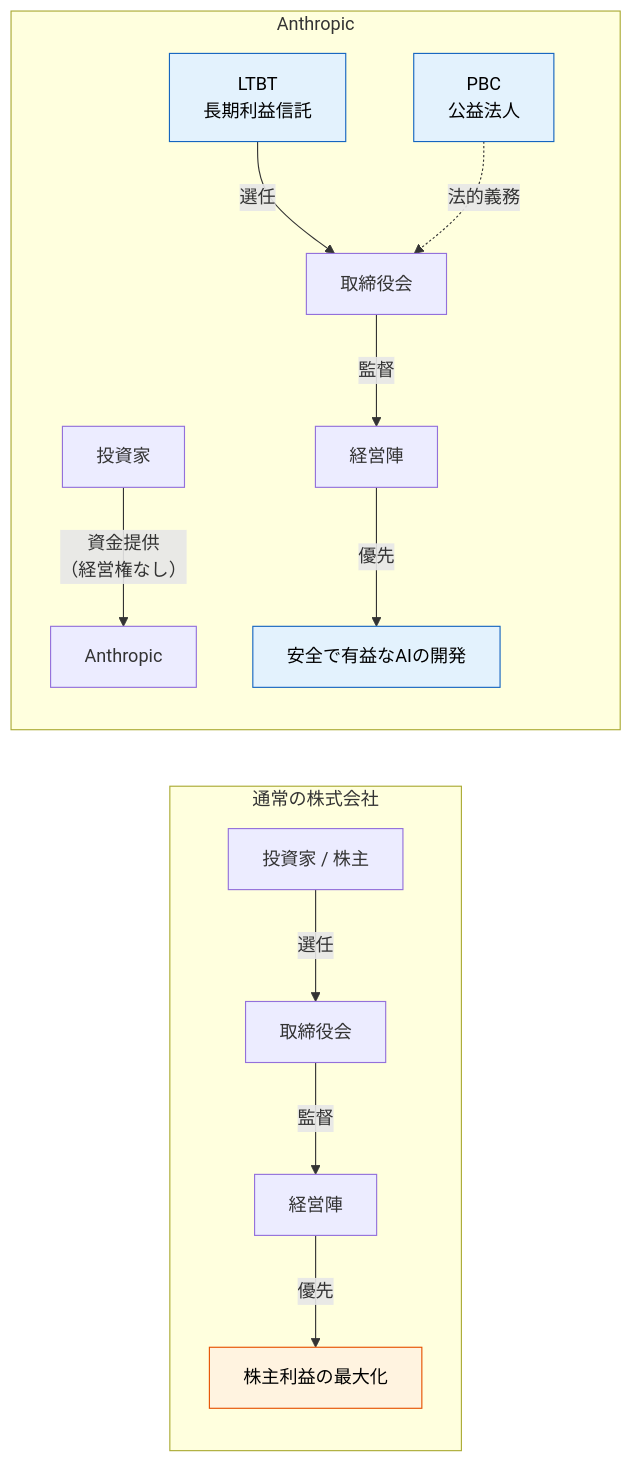
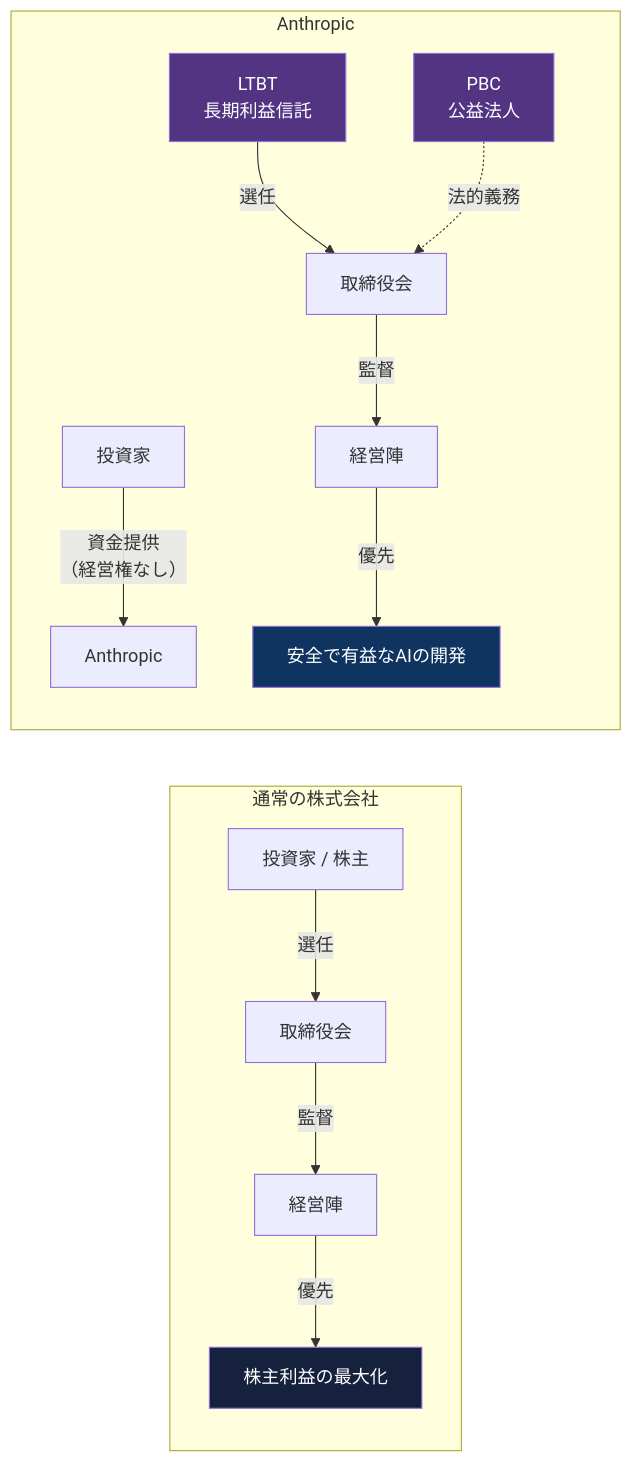
The second of 14 diagrams in docs/jp/anatomy_of_anthropic_jp.md (Leading-AI-IO/anatomy-of-anthropic), drawn with Mermaid before and after one commit. The commit also changed other lines of this file, not shown here.

````diff
--- a/docs/jp/anatomy_of_anthropic_jp.md
+++ b/docs/jp/anatomy_of_anthropic_jp.md
@@ -95,23 +95,23 @@
 ```mermaid
 flowchart LR
     subgraph 通常の株式会社
         direction TB
         I1["投資家 / 株主"] -->|"選任"| B1["取締役会"]
         B1 -->|"監督"| M1["経営陣"]
         M1 -->|"優先"| P1["株主利益の最大化"]
     end
 
     subgraph Anthropic
         direction TB
         I2["投資家"] -->|"資金提供<br/>（経営権なし）"| A2["Anthropic"]
         L2["LTBT<br/>長期利益信託"] -->|"選任"| B2["取締役会"]
         B2 -->|"監督"| M2["経営陣"]
         M2 -->|"優先"| P2["安全で有益なAIの開発"]
         PBC2["PBC<br/>公益法人"] -.->|"法的義務"| B2
     end
 
-    style L2 fill:#e3f2fd,stroke:#1565c0,color:#000
-    style PBC2 fill:#e3f2fd,stroke:#1565c0,color:#000
-    style P1 fill:#fff3e0,stroke:#e65100,color:#000
-    style P2 fill:#e3f2fd,stroke:#1565c0,color:#000
+    style L2 fill:#533483,color:#fff
+    style PBC2 fill:#533483,color:#fff
+    style P1 fill:#16213e,color:#fff
+    style P2 fill:#0f3460,color:#fff
 ```
````
